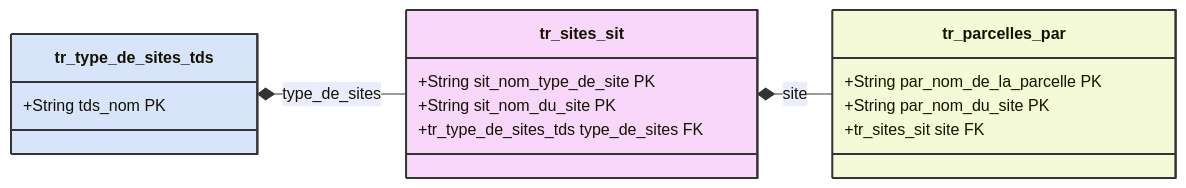
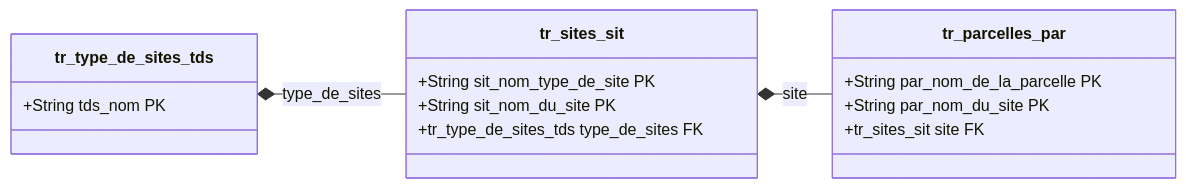
One commit to ptcherniati/openadom changed the diagram in documentations/openadom/fichiers/fichier_echange/data/components/basic_components.qmd. Above: the diagram before and after it, drawn with Mermaid. The commit also changed 1 other file, not shown here.

Commit message:
Back to the future

````diff
--- a/documentations/openadom/fichiers/fichier_echange/data/components/basic_components.qmd
+++ b/documentations/openadom/fichiers/fichier_echange/data/components/basic_components.qmd
@@ -25,27 +25,22 @@
 ```{mermaid}
 classDiagram
     direction LR
     tr_sites_sit *-- tr_parcelles_par:site
     tr_type_de_sites_tds  *-- tr_sites_sit:type_de_sites
     
     class tr_type_de_sites_tds {
         +String tds_nom PK
     }
     
     class tr_sites_sit {
         +String sit_nom_type_de_site PK
         +String sit_nom_du_site PK
         +tr_type_de_sites_tds type_de_sites FK
     }
     
     class tr_parcelles_par {
         +String par_nom_de_la_parcelle PK
         +String par_nom_du_site PK
         +tr_sites_sit site FK
     }
-
-    %% Styles
-    style tr_type_de_sites_tds fill:#d7e4fa,stroke:#333,stroke-width:2px
-    style tr_sites_sit fill:#f8d7fa,stroke:#333,stroke-width:2px
-    style tr_parcelles_par fill:#f4fad7,stroke:#333,stroke-width:2px
 ```
````
